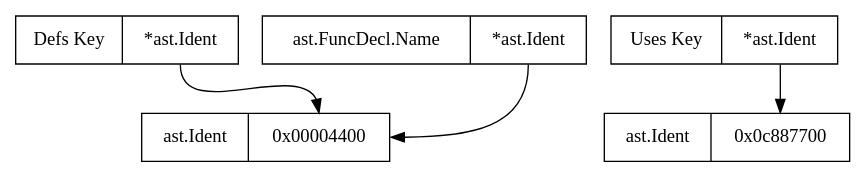
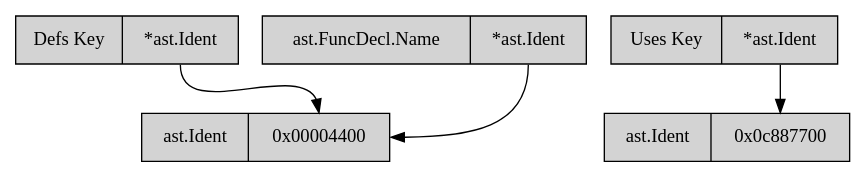
The diagram in docs/graphs/defs_key_and_funcdecl_name.gv (bfoersterling/gotracer), drawn with Graphviz before and after one commit.

Commit message:
updated graphs, lightgrey fillcolor for all nodes

```diff
--- a/docs/graphs/defs_key_and_funcdecl_name.gv
+++ b/docs/graphs/defs_key_and_funcdecl_name.gv
@@ -1,13 +1,13 @@
 digraph {
-	node [shape=record]
+	node [shape=record style=filled fillcolor=lightgrey]
 
 	pointer1 [label="<f0>ast.Ident|<f1>0x00004400"]
 	pointer2 [label="<f0>ast.Ident|<f1>0x0c887700"]
 	defskey [label="<f0>Defs Key|<f1>*ast.Ident"]
 	useskey [label="<f0>Uses Key|<f1>*ast.Ident"]
 	astfuncdeclname [label="<f0>ast.FuncDecl.Name|<f1>*ast.Ident"]
 
 	astfuncdeclname:f1 -> pointer1:f1:e
 	defskey:f1:s -> pointer1:f1:n
 	useskey:f1 -> pointer2:f1
 }
```
